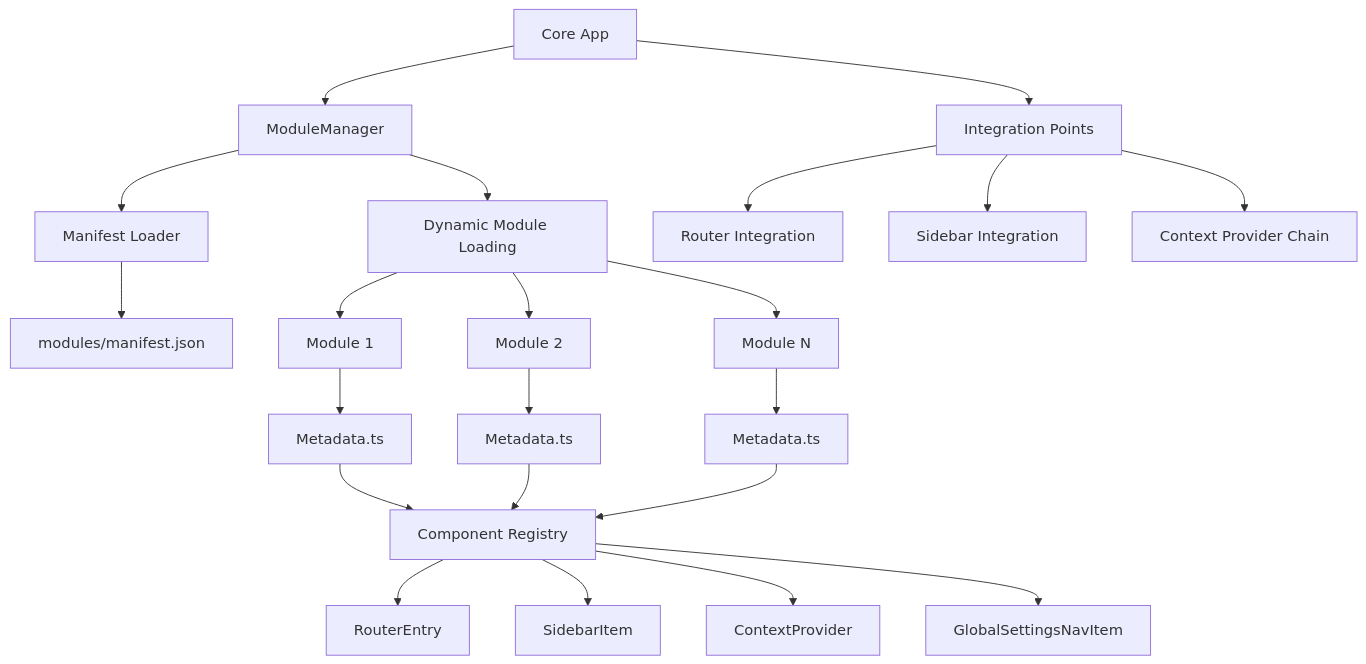
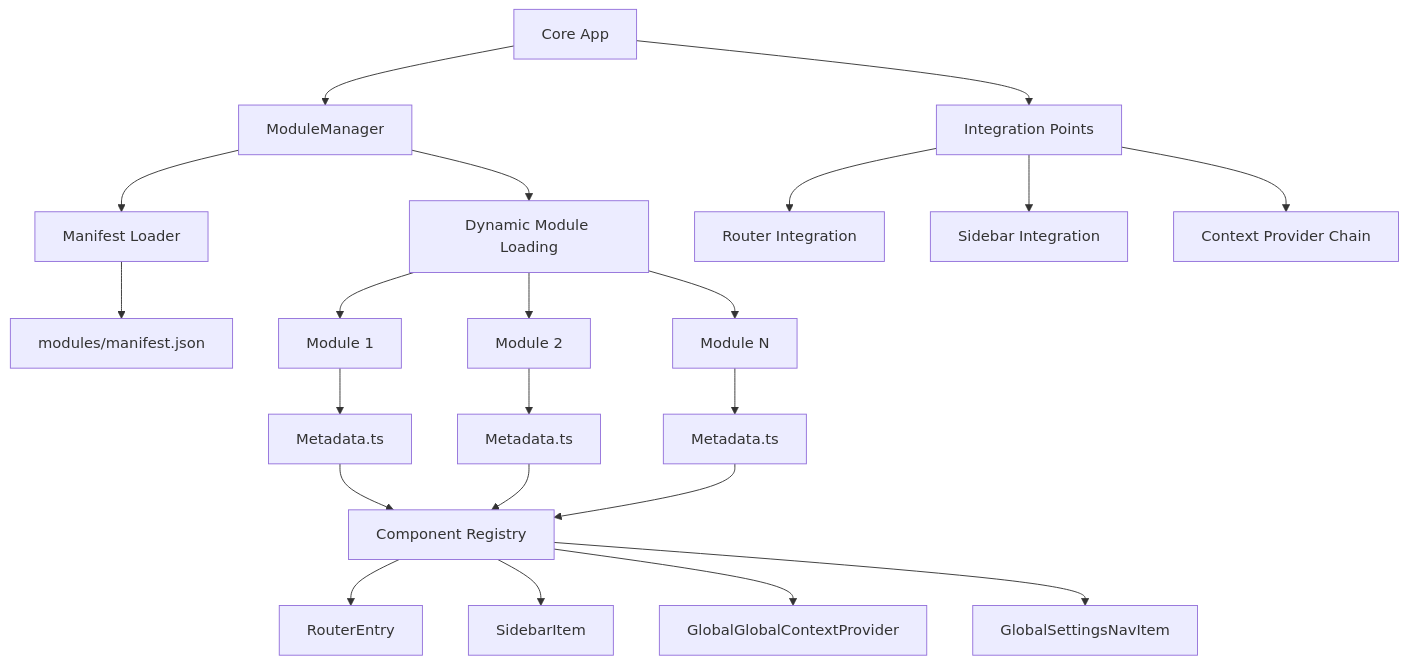
The diagram in frontend_omni/architecture/core.md (modAI-systems/modAI-chat), drawn with Mermaid before and after one commit. The commit also changed other lines of this file and 14 other files, not shown here.

Commit message:
refactor: ContextProvider -> GlobalContextProvider

````diff
--- a/frontend_omni/architecture/core.md
+++ b/frontend_omni/architecture/core.md
@@ -20,30 +20,30 @@
 ```mermaid
 flowchart TD
     A[Core App] --> B[ModuleManager]
     A --> C[Integration Points]
 
     B --> D[Manifest Loader]
     D --> E[modules/manifest.json]
 
     B --> F[Dynamic Module Loading]
     F --> G[Module 1]
     F --> H[Module 2]
     F --> I[Module N]
 
     G --> J[Metadata.ts]
     H --> K[Metadata.ts]
     I --> L[Metadata.ts]
 
     C --> M[Router Integration]
     C --> N[Sidebar Integration]
     C --> O[Context Provider Chain]
 
     J --> P[Component Registry]
     K --> P
     L --> P
 
     P --> Q[RouterEntry]
     P --> R[SidebarItem]
-    P --> S[ContextProvider]
+    P --> S[GlobalGlobalContextProvider]
     P --> T[GlobalSettingsNavItem]
 ```
````
